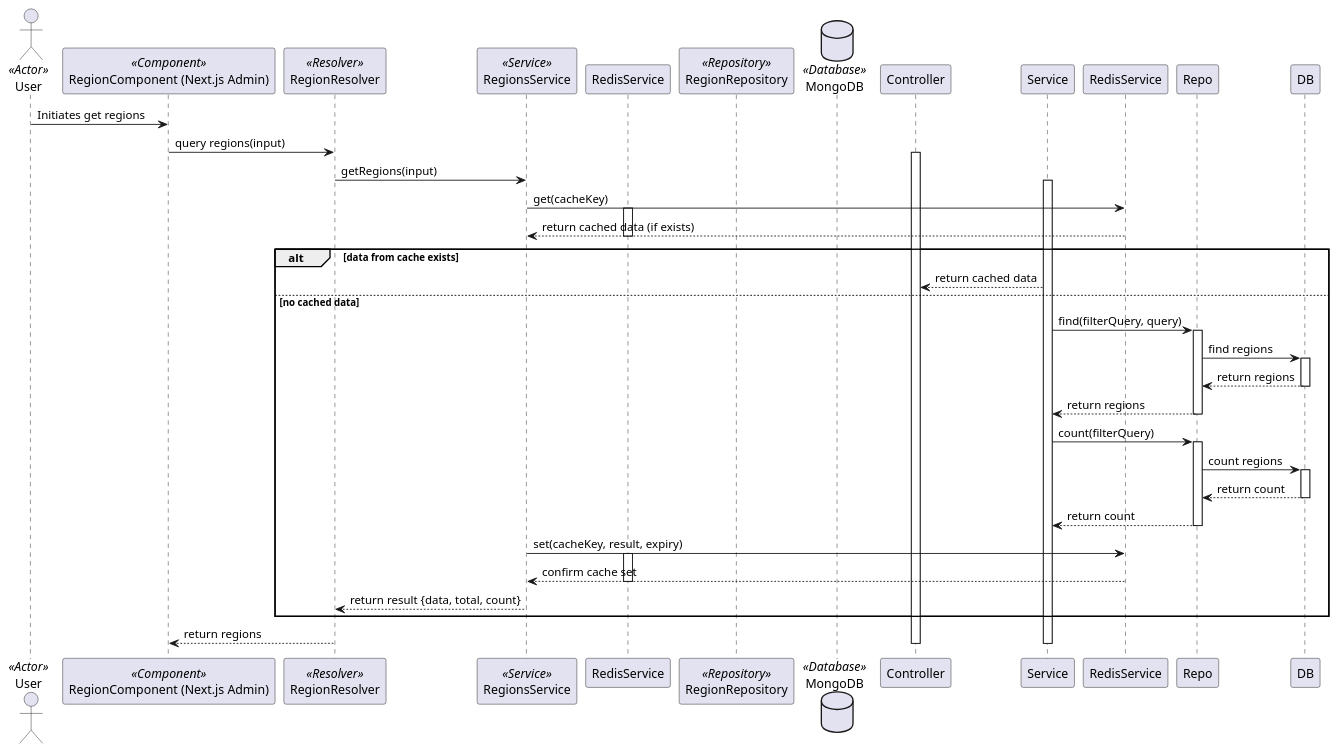
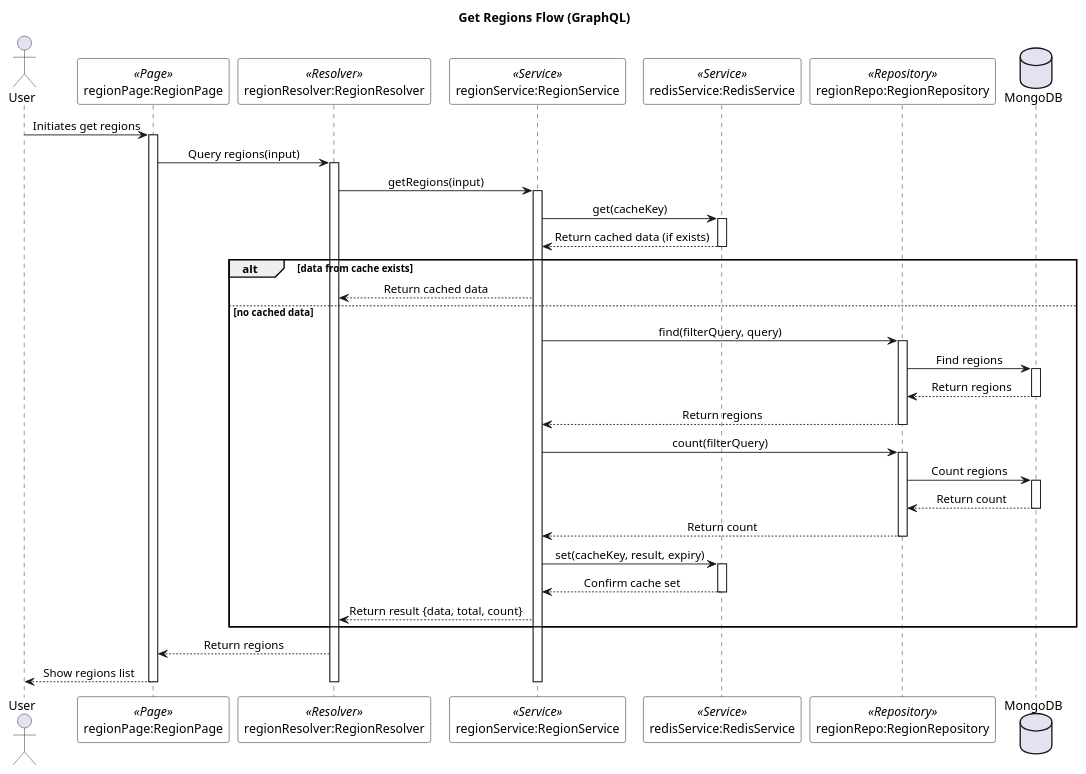
The diagram in documents/diagram/sequences/regions/region_get_regions.puml (lehuygiang28/vphim), drawn with PlantUML before and after one commit. The commit also changed 4 other files, not shown here.

First line of the commit message:
refactor(diagrams/sequences/regions): 🛠️ update region management flow diagrams for clarity and consistency

```diff
--- a/documents/diagram/sequences/regions/region_get_regions.puml
+++ b/documents/diagram/sequences/regions/region_get_regions.puml
@@ -1,55 +1,70 @@
-@startuml Region - Get Regions
+@startuml Get Regions Flow
 
-actor User <<Actor>>
-participant "RegionComponent (Next.js Admin)" as RegionComponent <<Component>>
-participant "RegionResolver" as Resolver <<Resolver>>
-participant "RegionsService" as RegionsService <<Service>>
-participant "RedisService" as Redis
-participant "RegionRepository" as RegionRepository <<Repository>>
-database "MongoDB" as MongoDB <<Database>>
+skinparam SequenceMessageAlignment center
+skinparam SequenceBoxBackgroundColor white
+skinparam SequenceBoxBorderColor black
+skinparam NoteBackgroundColor lightyellow
+skinparam NoteBorderColor black
+skinparam ParticipantBackgroundColor white
+skinparam ParticipantBorderColor black
 
-User -> RegionComponent: Initiates get regions
-RegionComponent -> Resolver: query regions(input)
-activate Controller
-Resolver -> RegionsService: getRegions(input)
-activate Service
+title Get Regions Flow (GraphQL)
 
-RegionsService -> RedisService: get(cacheKey)
-activate Redis
-RedisService --> RegionsService: return cached data (if exists)
-deactivate Redis
+actor "User" as user
+participant "regionPage:RegionPage" as regionPage <<Page>>
+participant "regionResolver:RegionResolver" as regionResolver <<Resolver>>
+participant "regionService:RegionService" as regionService <<Service>>
+participant "redisService:RedisService" as redisService <<Service>>
+participant "regionRepo:RegionRepository" as regionRepo <<Repository>>
+database "MongoDB" as mongoDB
+
+user -> regionPage : Initiates get regions
+activate regionPage
+
+regionPage -> regionResolver : Query regions(input)
+activate regionResolver
+regionResolver -> regionService : getRegions(input)
+activate regionService
+
+regionService -> redisService : get(cacheKey)
+activate redisService
+redisService --> regionService : Return cached data (if exists)
+deactivate redisService
 
 alt data from cache exists
-    Service --> Controller: return cached data
+    regionService --> regionResolver : Return cached data
 else no cached data
-    Service -> Repo: find(filterQuery, query)
-    activate Repo
-    Repo -> DB: find regions
-    activate DB
-    DB --> Repo: return regions
-    deactivate DB
-    Repo --> Service: return regions
-    deactivate Repo
+    regionService -> regionRepo : find(filterQuery, query)
+    activate regionRepo
+    regionRepo -> mongoDB : Find regions
+    activate mongoDB
+    mongoDB --> regionRepo : Return regions
+    deactivate mongoDB
+    regionRepo --> regionService : Return regions
+    deactivate regionRepo
 
-    Service -> Repo: count(filterQuery)
-    activate Repo
-    Repo -> DB: count regions
-    activate DB
-    DB --> Repo: return count
-    deactivate DB
-    Repo --> Service: return count
-    deactivate Repo
+    regionService -> regionRepo : count(filterQuery)
+    activate regionRepo
+    regionRepo -> mongoDB : Count regions
+    activate mongoDB
+    mongoDB --> regionRepo : Return count
+    deactivate mongoDB
+    regionRepo --> regionService : Return count
+    deactivate regionRepo
 
-    RegionsService -> RedisService: set(cacheKey, result, expiry)
-    activate Redis
-    RedisService --> RegionsService: confirm cache set
-    deactivate Redis
+    regionService -> redisService : set(cacheKey, result, expiry)
+    activate redisService
+    redisService --> regionService : Confirm cache set
+    deactivate redisService
 
-    RegionsService --> Resolver: return result {data, total, count}
+    regionService --> regionResolver : Return result {data, total, count}
 end
 
-Resolver --> RegionComponent: return regions
-deactivate Service
-deactivate Controller
+regionResolver --> regionPage : Return regions
+regionPage --> user : Show regions list
 
-@enduml 
+deactivate regionService
+deactivate regionResolver
+deactivate regionPage
+
+@enduml
```
